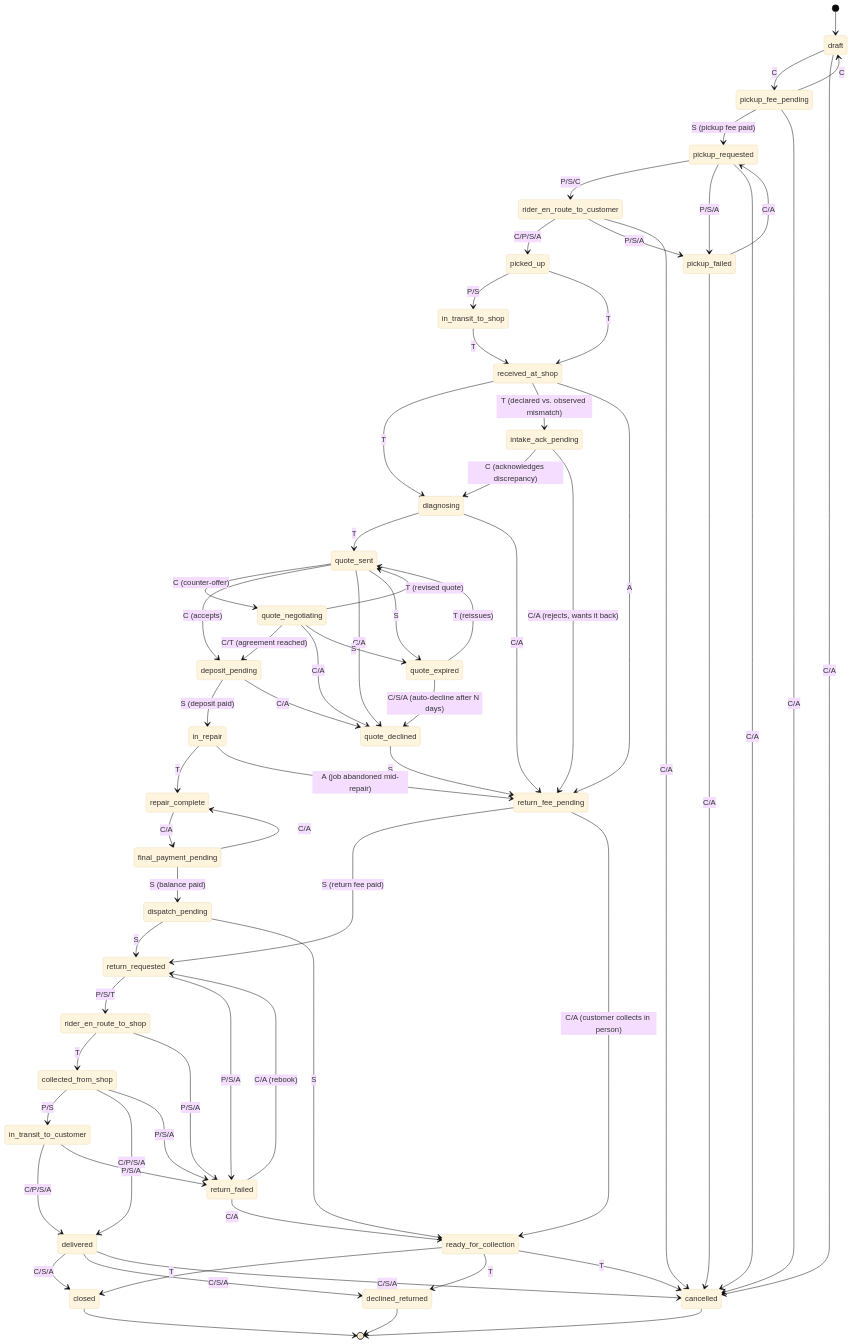
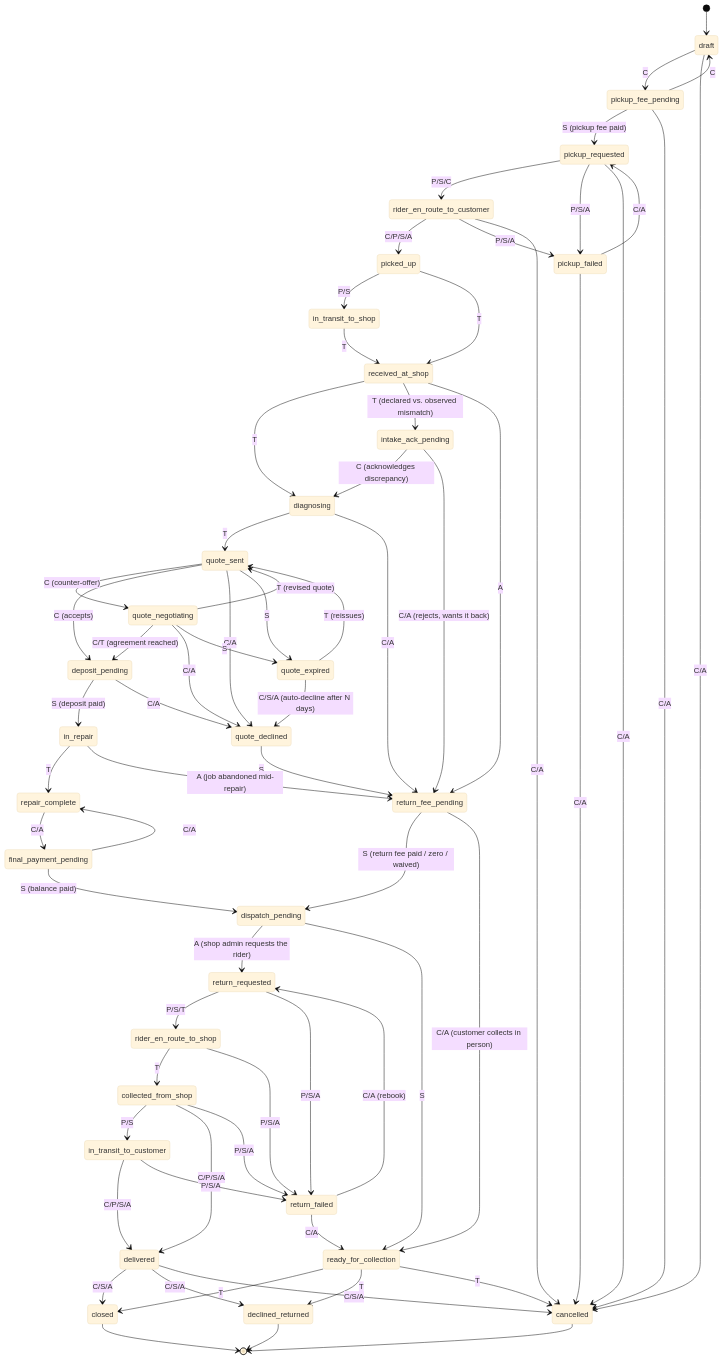
One commit to kephasitati/iRepair changed the diagram in docs/STATE_MACHINE.md. Above: the diagram before and after it, drawn with Mermaid (base theme). The commit also changed 11 other files, not shown here.

First line of the commit message:
Gate declined/cancelled returns behind the admin dispatch step too

```diff
--- a/docs/STATE_MACHINE.md
+++ b/docs/STATE_MACHINE.md
@@ -70,7 +70,7 @@
 
     quote_declined --> return_fee_pending: S
 
-    return_fee_pending --> return_requested: S (return fee paid)
+    return_fee_pending --> dispatch_pending: S (return fee paid / zero / waived)
     return_fee_pending --> ready_for_collection: C/A (customer collects in person)
 
     deposit_pending --> in_repair: S (deposit paid)
@@ -84,7 +84,7 @@
     final_payment_pending --> dispatch_pending: S (balance paid)
     final_payment_pending --> repair_complete: C/A
 
-    dispatch_pending --> return_requested: S
+    dispatch_pending --> return_requested: A (shop admin requests the rider)
     dispatch_pending --> ready_for_collection: S
 
     return_requested --> rider_en_route_to_shop: P/S/T
```
